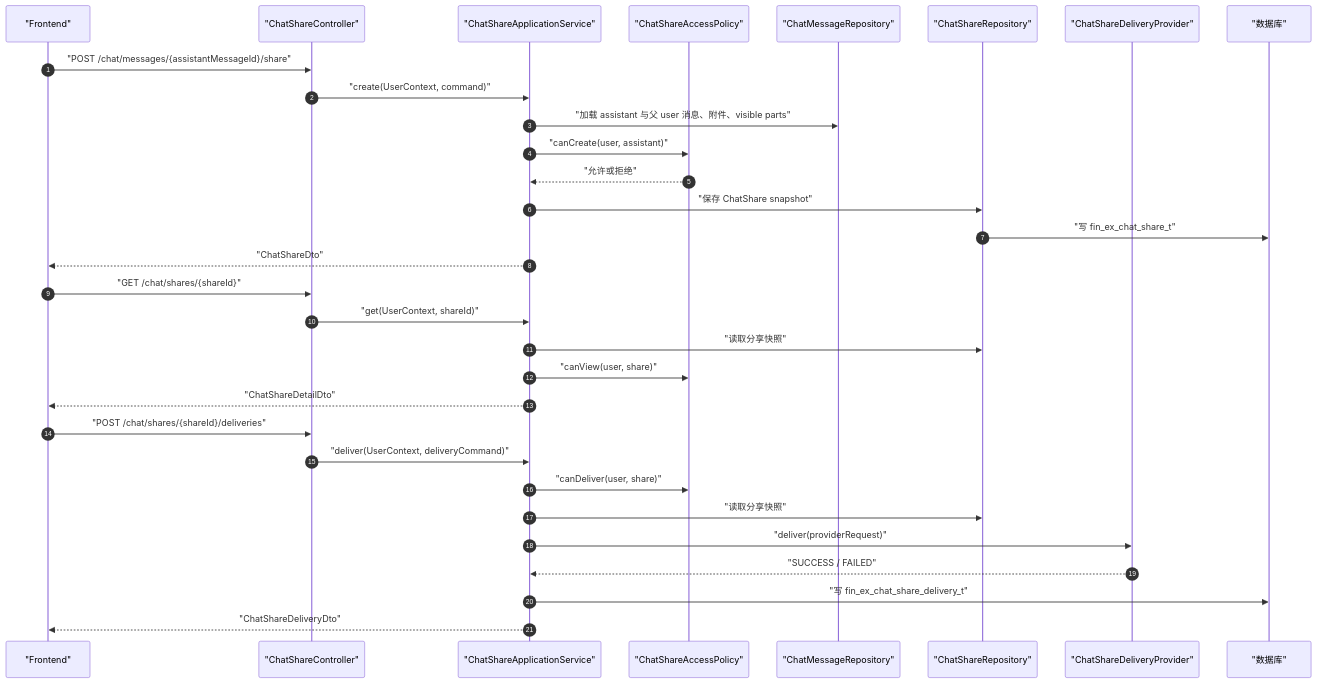
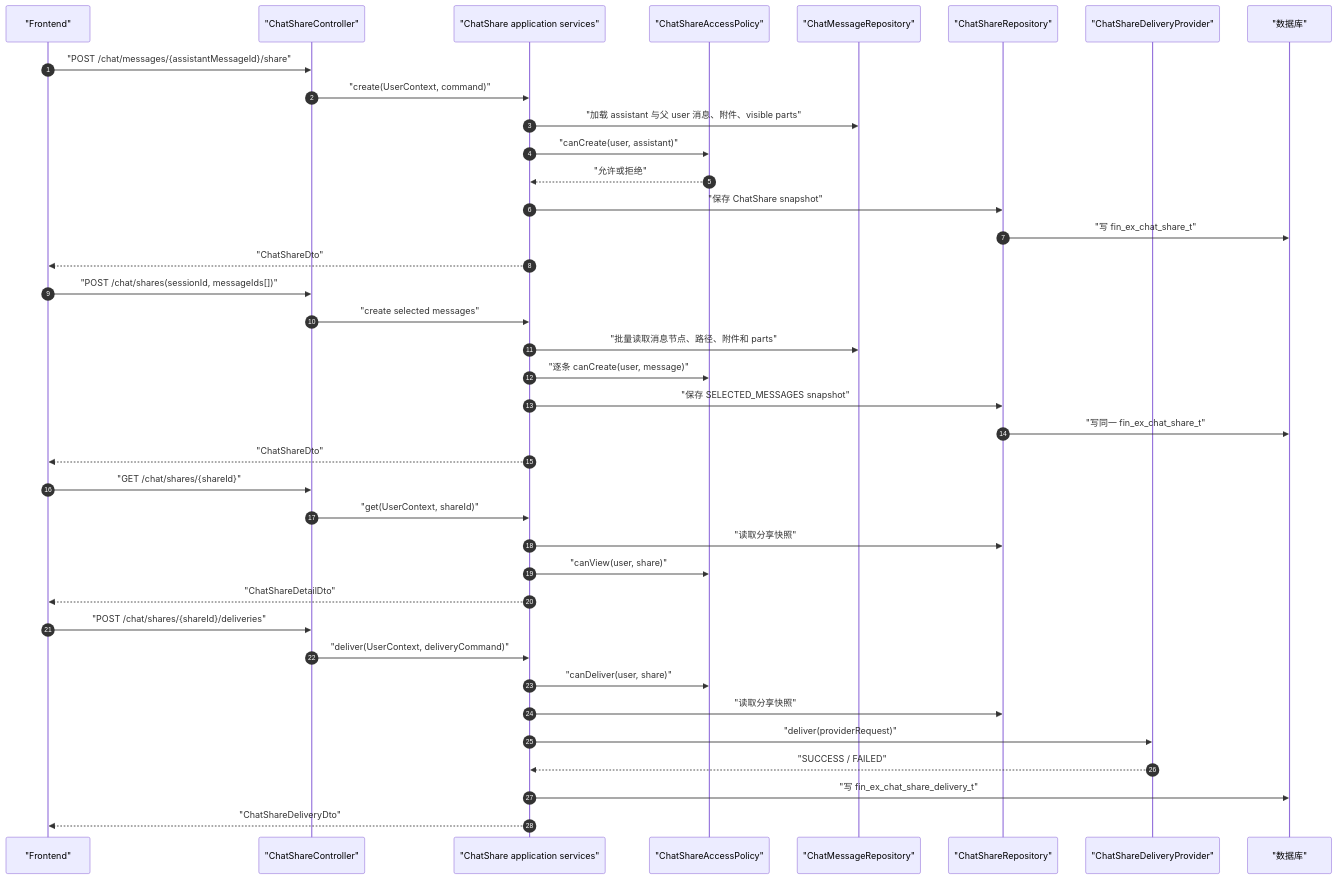
The sixth of 11 diagrams in docs/architecture/README.md (kunben-duck/exweb), drawn with Mermaid before and after one commit. The commit also changed other lines of this file and 39 other files, not shown here.

Commit message:
feat: support selected message sharing

````diff
--- a/docs/architecture/README.md
+++ b/docs/architecture/README.md
@@ -373,36 +374,44 @@
 ```mermaid
 sequenceDiagram
     autonumber
     participant Frontend as "Frontend"
     participant ShareAPI as "ChatShareController"
-    participant ShareApp as "ChatShareApplicationService"
+    participant ShareApp as "ChatShare application services"
     participant Policy as "ChatShareAccessPolicy"
     participant Msg as "ChatMessageRepository"
     participant ShareRepo as "ChatShareRepository"
     participant Delivery as "ChatShareDeliveryProvider"
     participant DB as "数据库"
 
     Frontend->>ShareAPI: "POST /chat/messages/{assistantMessageId}/share"
     ShareAPI->>ShareApp: "create(UserContext, command)"
     ShareApp->>Msg: "加载 assistant 与父 user 消息、附件、visible parts"
     ShareApp->>Policy: "canCreate(user, assistant)"
     Policy-->>ShareApp: "允许或拒绝"
     ShareApp->>ShareRepo: "保存 ChatShare snapshot"
     ShareRepo->>DB: "写 fin_ex_chat_share_t"
+    ShareApp-->>Frontend: "ChatShareDto"
+
+    Frontend->>ShareAPI: "POST /chat/shares(sessionId, messageIds[])"
+    ShareAPI->>ShareApp: "create selected messages"
+    ShareApp->>Msg: "批量读取消息节点、路径、附件和 parts"
+    ShareApp->>Policy: "逐条 canCreate(user, message)"
+    ShareApp->>ShareRepo: "保存 SELECTED_MESSAGES snapshot"
+    ShareRepo->>DB: "写同一 fin_ex_chat_share_t"
     ShareApp-->>Frontend: "ChatShareDto"
 
     Frontend->>ShareAPI: "GET /chat/shares/{shareId}"
     ShareAPI->>ShareApp: "get(UserContext, shareId)"
     ShareApp->>ShareRepo: "读取分享快照"
     ShareApp->>Policy: "canView(user, share)"
     ShareApp-->>Frontend: "ChatShareDetailDto"
 
     Frontend->>ShareAPI: "POST /chat/shares/{shareId}/deliveries"
     ShareAPI->>ShareApp: "deliver(UserContext, deliveryCommand)"
     ShareApp->>Policy: "canDeliver(user, share)"
     ShareApp->>ShareRepo: "读取分享快照"
     ShareApp->>Delivery: "deliver(providerRequest)"
     Delivery-->>ShareApp: "SUCCESS / FAILED"
     ShareApp->>DB: "写 fin_ex_chat_share_delivery_t"
     ShareApp-->>Frontend: "ChatShareDeliveryDto"
 ```
````
